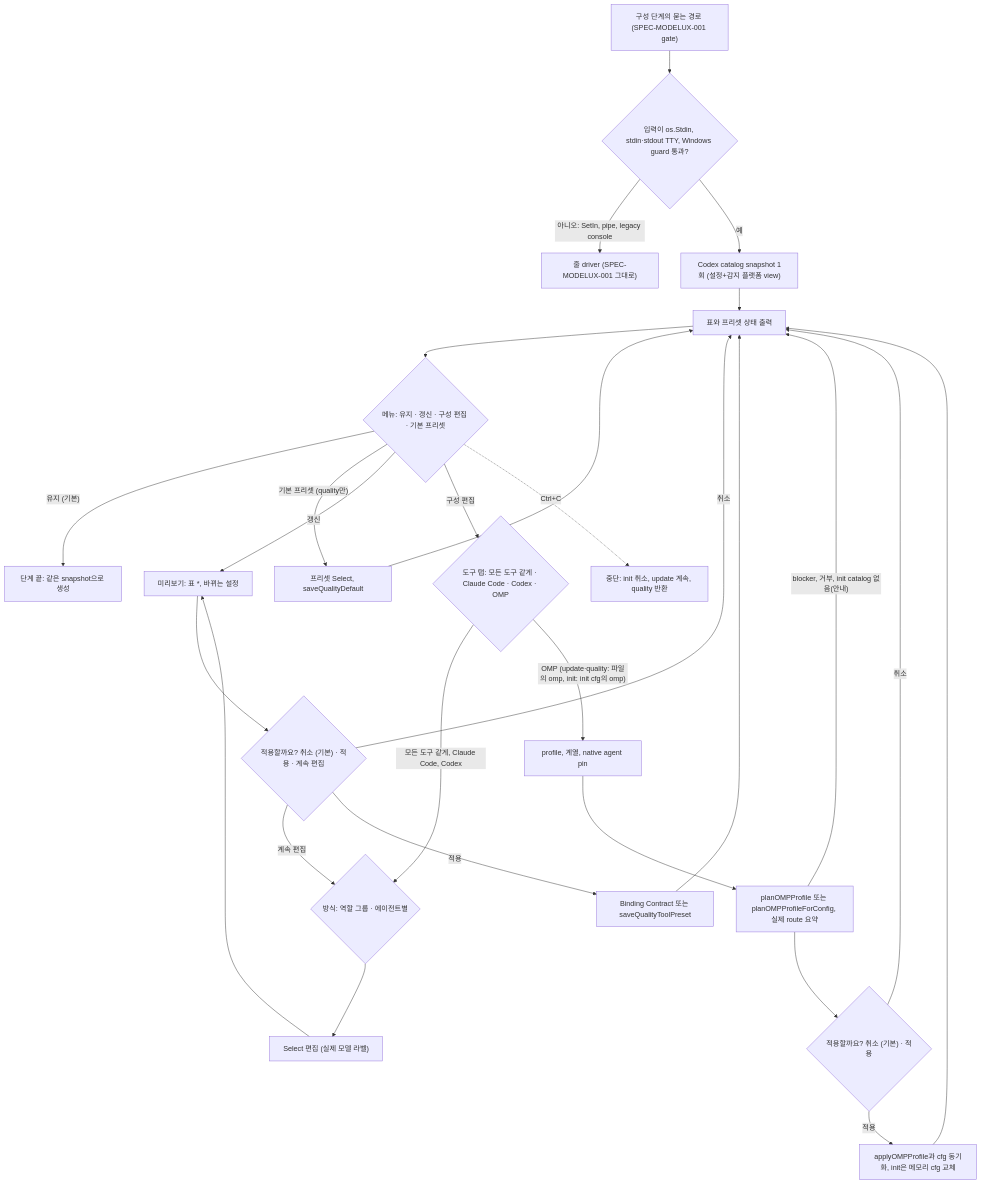
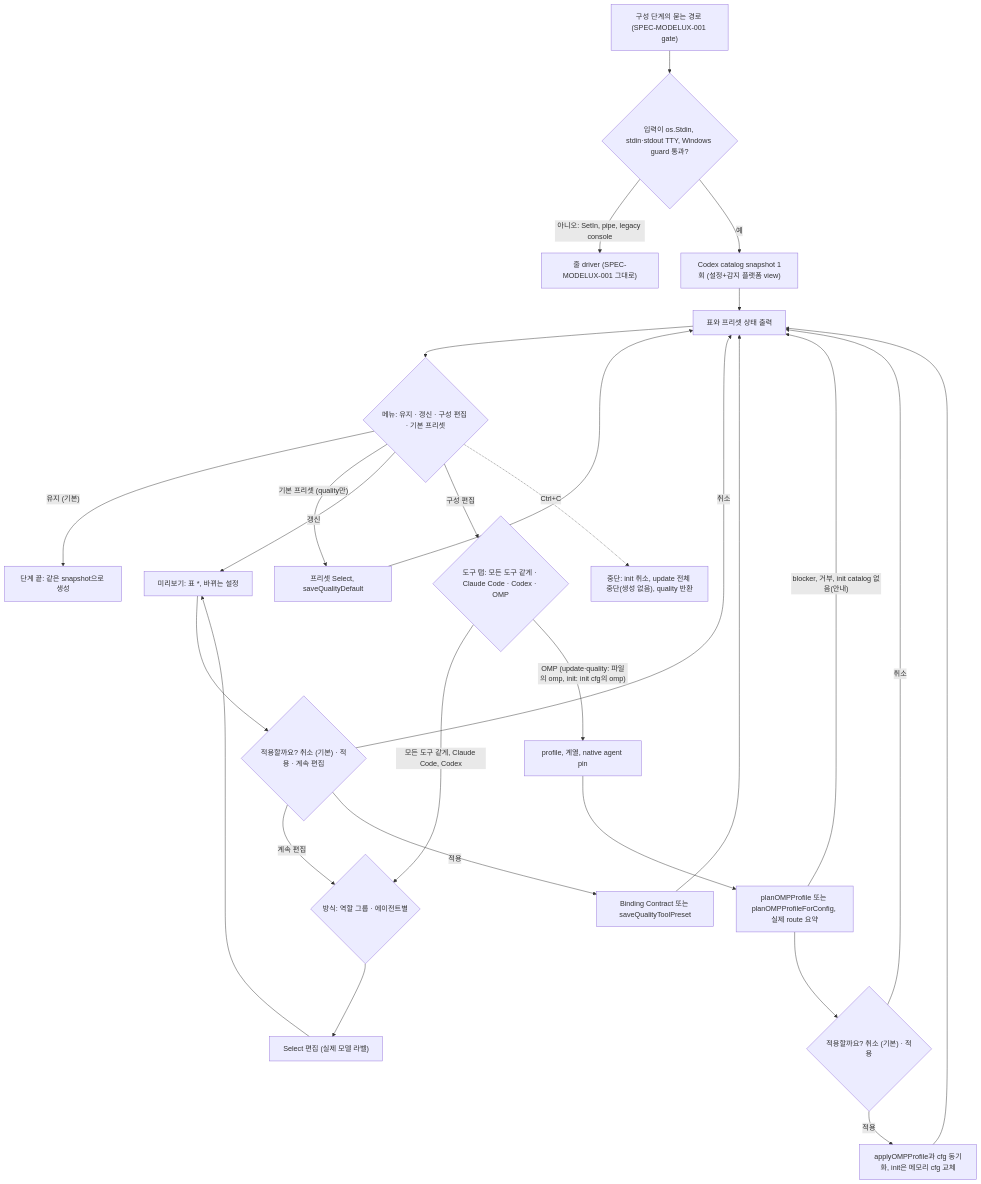
Before and after one commit to autopus-ai/autopus-adk: the diagram in .autopus/specs/SPEC-MODELUX-002/plan.md, drawn with Mermaid. The commit also changed other lines of this file and 5 other files, not shown here.

````diff
--- a/.autopus/specs/SPEC-MODELUX-002/plan.md
+++ b/.autopus/specs/SPEC-MODELUX-002/plan.md
@@ -32,29 +32,29 @@
 ```mermaid
 flowchart TD
   ASK["구성 단계의 묻는 경로 (SPEC-MODELUX-001 gate)"] --> MODE{"입력이 os.Stdin, stdin·stdout TTY, Windows guard 통과?"}
   MODE -->|"아니오: SetIn, pipe, legacy console"| LINE["줄 driver (SPEC-MODELUX-001 그대로)"]
   MODE -->|"예"| SNAP["Codex catalog snapshot 1회 (설정+감지 플랫폼 view)"]
   SNAP --> TABLE["표와 프리셋 상태 출력"]
   TABLE --> MENU{"메뉴: 유지 · 갱신 · 구성 편집 · 기본 프리셋"}
   MENU -->|"유지 (기본)"| DONE["단계 끝: 같은 snapshot으로 생성"]
   MENU -->|"기본 프리셋 (quality만)"| GP["프리셋 Select, saveQualityDefault"]
   GP --> TABLE
   MENU -->|"갱신"| PV["미리보기: 표 *, 바뀌는 설정"]
   MENU -->|"구성 편집"| TAB{"도구 탭: 모든 도구 같게 · Claude Code · Codex · OMP"}
   TAB -->|"모든 도구 같게, Claude Code, Codex"| HOW{"방식: 역할 그룹 · 에이전트별"}
   HOW --> EDIT["Select 편집 (실제 모델 라벨)"]
   EDIT --> PV
   PV --> OK{"적용할까요? 취소 (기본) · 적용 · 계속 편집"}
   OK -->|"계속 편집"| HOW
   OK -->|"취소"| TABLE
   OK -->|"적용"| WRITE["Binding Contract 또는 saveQualityToolPreset"]
   WRITE --> TABLE
   TAB -->|"OMP (update·quality: 파일의 omp, init: init cfg의 omp)"| OMPP["profile, 계열, native agent pin"]
   OMPP --> OPLAN["planOMPProfile 또는 planOMPProfileForConfig, 실제 route 요약"]
   OPLAN -->|"blocker, 거부, init catalog 없음(안내)"| TABLE
   OPLAN --> OOK{"적용할까요? 취소 (기본) · 적용"}
   OOK -->|"취소"| TABLE
   OOK -->|"적용"| OAPPLY["applyOMPProfile과 cfg 동기화, init은 메모리 cfg 교체"]
   OAPPLY --> TABLE
-  MENU -.->|"Ctrl+C"| ABORT["중단: init 취소, update 계속, quality 반환"]
+  MENU -.->|"Ctrl+C"| ABORT["중단: init 취소, update 전체 중단(생성 없음), quality 반환"]
 ```
````
